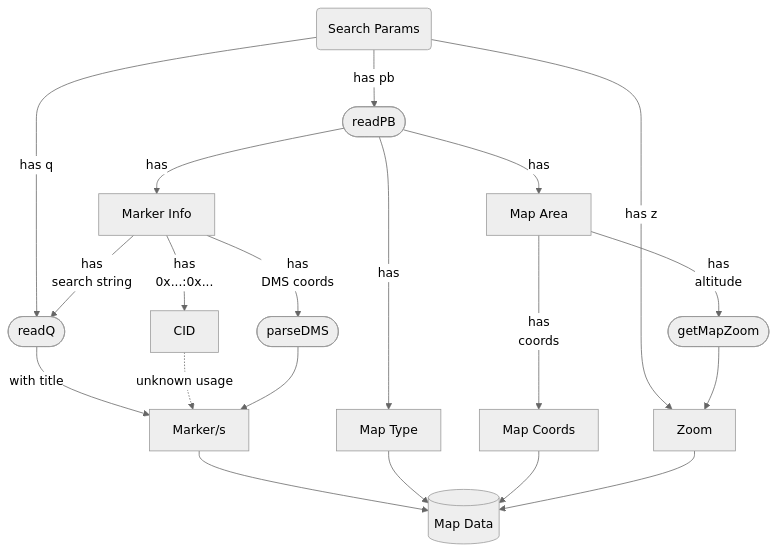
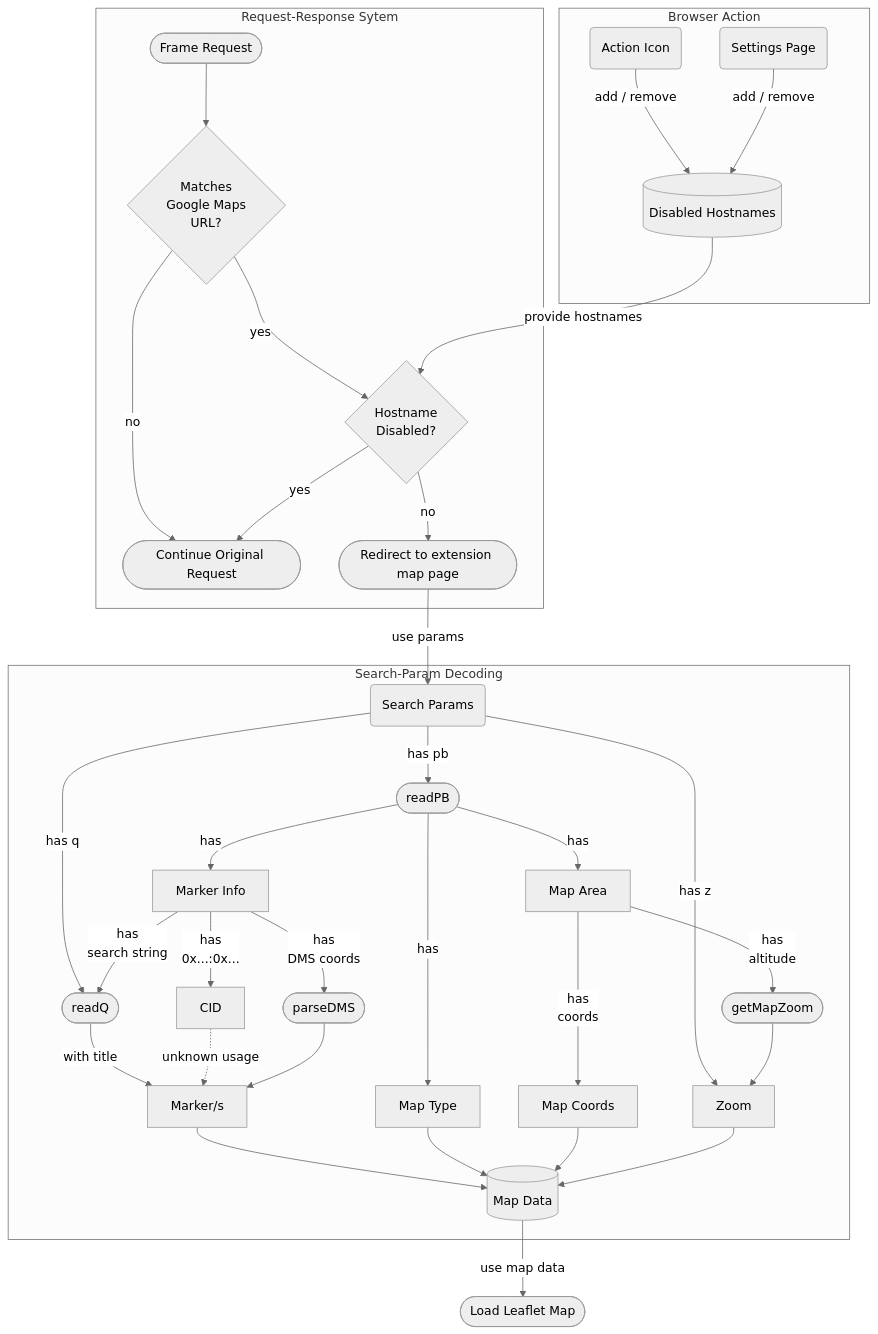
One commit to nobkd/replace-maps changed the diagram in README.md. Above: the diagram before and after it, drawn with Mermaid (neutral theme). The commit also changed other lines of this file, not shown here.

Commit message:
docs(readme): create one huge flowchart

````diff
--- a/README.md
+++ b/README.md
@@ -30,27 +18,51 @@
 ```mermaid
-graph TD
-params(Search Params) -->|has q| q([readQ])
-q -->|with title| pos[Marker/s]
-params -->|has z| zoom[Zoom]
+flowchart TD
 
-params -->|has pb| pb([readPB])
-pb -->|has| minfo[Marker Info]
-pb -->|has| marea[Map Area]
+subgraph action [Browser Action]
+actionclick(Action Icon) -->|add / remove| storage[(Disabled Hostnames)]
+settings(Settings Page) -->|add / remove| storage
+end
 
-minfo -->|has\nsearch string| q
-minfo -->|has\n0x...:0x...| cid[CID]
-cid -.->|unknown usage| pos
-minfo -->|has\nDMS coords| dms([parseDMS])
-dms --> pos
 
-pb -->|has| mtype[Map Type]
+subgraph reqres [Request-Response Sytem]
+    req([Frame Request]) --> url{Matches\nGoogle Maps\nURL?}
+    url -->|no| nomatch([Continue Original Request])
 
-marea -->|has\ncoords| mcoords[Map Coords]
-marea -->|has\naltitude| mzoom([getMapZoom])
-mzoom --> zoom
+    url -->|yes| match{Hostname\nDisabled?}
+    storage -->|provide hostnames| match
+    match -->|no| res([Redirect to extension map page])
+    match -->|yes| nomatch
 
-pos --> mdata[(Map Data)]
-mtype --> mdata
-mcoords --> mdata
-zoom --> mdata
+end
+
+res -->|use params| params
+
+subgraph dec [Search-Param Decoding]
+    params(Search Params) -->|has q| q([readQ])
+    q -->|with title| pos[Marker/s]
+    params -->|has z| zoom[Zoom]
+
+    params -->|has pb| pb([readPB])
+    pb -->|has| minfo[Marker Info]
+    pb -->|has| marea[Map Area]
+
+    minfo -->|has\nsearch string| q
+    minfo -->|has\n0x...:0x...| cid[CID]
+    cid -.->|unknown usage| pos
+    minfo -->|has\nDMS coords| dms([parseDMS])
+    dms --> pos
+
+    pb -->|has| mtype[Map Type]
+
+    marea -->|has\ncoords| mcoords[Map Coords]
+    marea -->|has\naltitude| mzoom([getMapZoom])
+    mzoom --> zoom
+
+    pos --> mdata[(Map Data)]
+    mtype --> mdata
+    mcoords --> mdata
+    zoom --> mdata
+end
+
+mdata -->|use map data| mview([Load Leaflet Map])
 ```
````
